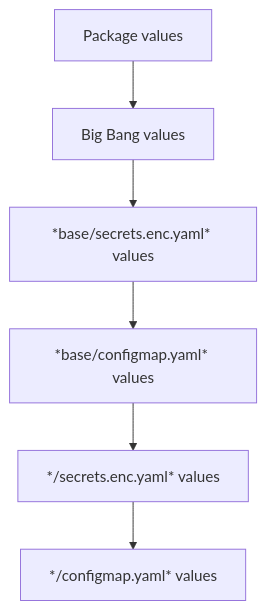
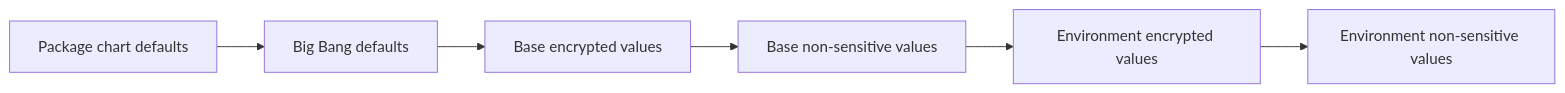
Before and after one commit to DoD-Platform-One/bigbang: the diagram in docs/configuration/index.md, drawn with Mermaid. The commit also changed other lines of this file and 9 other files, not shown here.

````diff
--- a/docs/configuration/index.md
+++ b/docs/configuration/index.md
@@ -9,9 +33,9 @@
 ```mermaid
-graph TD
-  pkg[Package values]
-  -->bb[Big Bang values]
-  -->base-s[*base/secrets.enc.yaml* values]
-  -->base-c[*base/configmap.yaml* values]
-  -->env-s[*<env>/secrets.enc.yaml* values]
-  -->env-c[*<env>/configmap.yaml* values]
+graph LR
+  package[Package chart defaults]
+  --> bigbang[Big Bang defaults]
+  --> baseSecret[Base encrypted values]
+  --> baseConfig[Base non-sensitive values]
+  --> envSecret[Environment encrypted values]
+  --> envConfig[Environment non-sensitive values]
 ```
````
